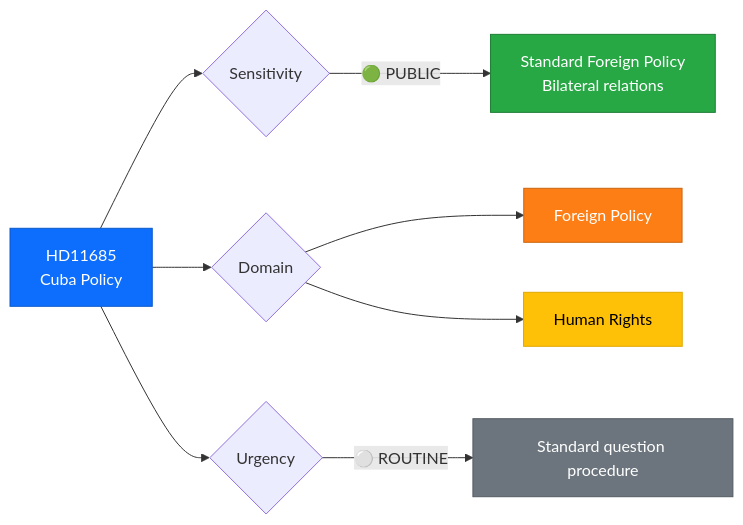
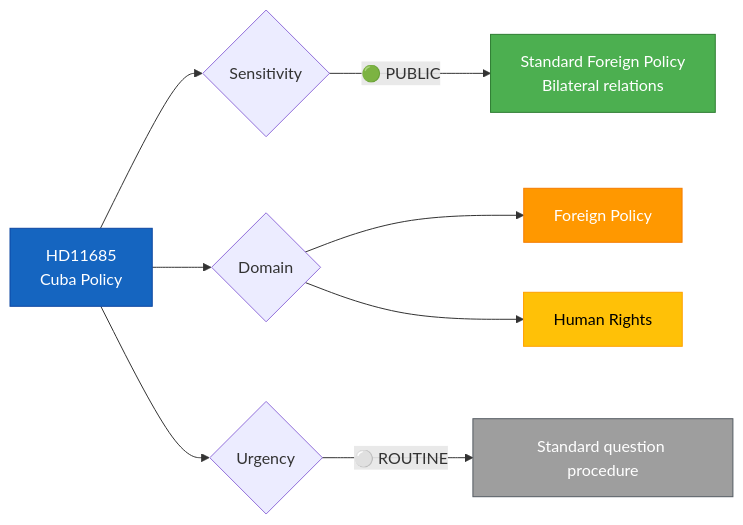
One commit to Hack23/riksdagsmonitor changed the diagram in analysis/daily/2026-04-07/realtime-1026/documents/hd11685-analysis.md. Above: the diagram before and after it, drawn with Mermaid. The commit also changed 785 other files, not shown here.

First line of the commit message:
Normalize mermaid colors across 786 analysis artifacts to ISMS Style Guide palette

````diff
--- a/analysis/daily/2026-04-07/realtime-1026/documents/hd11685-analysis.md
+++ b/analysis/daily/2026-04-07/realtime-1026/documents/hd11685-analysis.md
@@ -26,18 +26,18 @@
 ```mermaid
 graph LR
     A["HD11685<br/>Cuba Policy"] --> B{Sensitivity}
     B -->|"🟢 PUBLIC"| C["Standard Foreign Policy<br/>Bilateral relations"]
 
     A --> G{Domain}
     G --> H["Foreign Policy"]
     G --> I["Human Rights"]
 
     A --> K{Urgency}
     K -->|"⚪ ROUTINE"| L["Standard question procedure"]
 
-    style A fill:#0d6efd,stroke:#0a58ca,color:#fff
-    style C fill:#28a745,stroke:#1e7e34,color:#fff
-    style H fill:#fd7e14,stroke:#ca6510,color:#fff
-    style I fill:#ffc107,stroke:#e0a800,color:#000
-    style L fill:#6c757d,stroke:#545b62,color:#fff
+    style A fill:#1565C0,stroke:#0D47A1,color:#FFFFFF
+    style C fill:#4CAF50,stroke:#2E7D32,color:#FFFFFF
+    style H fill:#FF9800,stroke:#F57C00,color:#FFFFFF
+    style I fill:#FFC107,stroke:#FFA000,color:#000000
+    style L fill:#9E9E9E,stroke:#545b62,color:#FFFFFF
 ```
````
